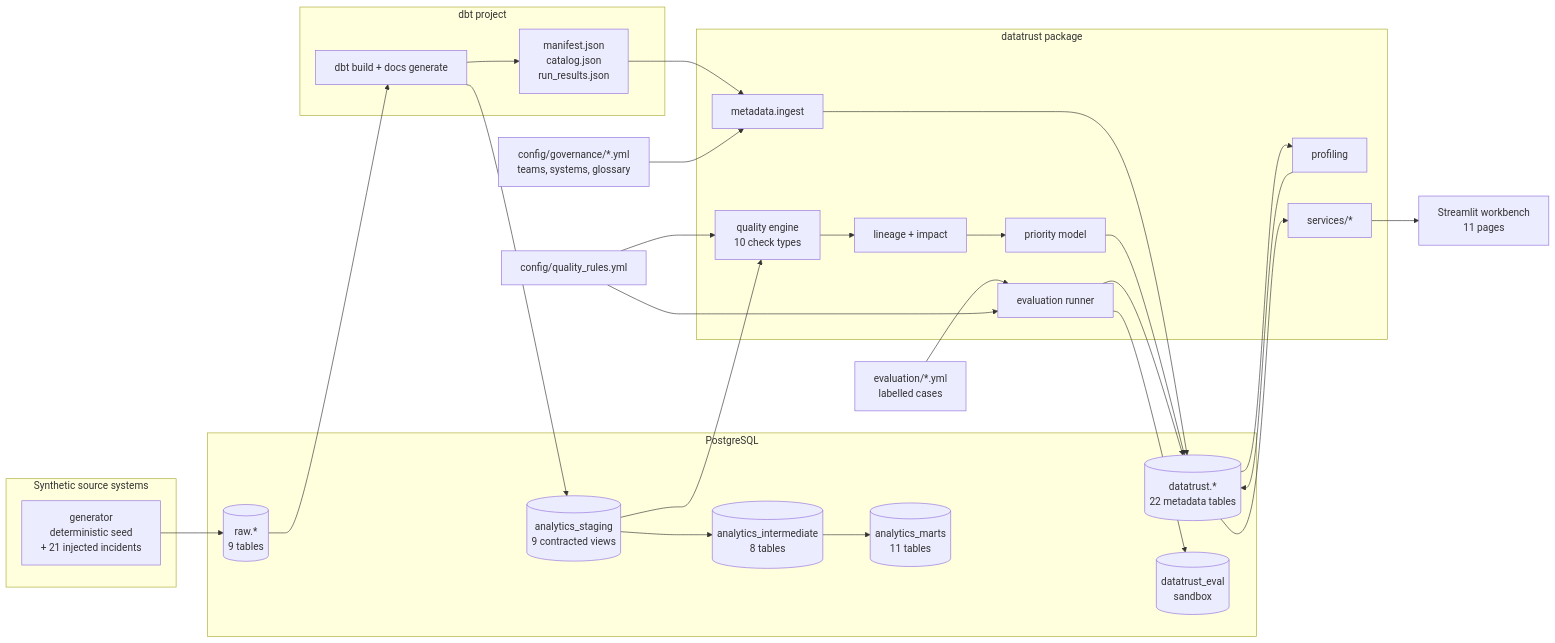
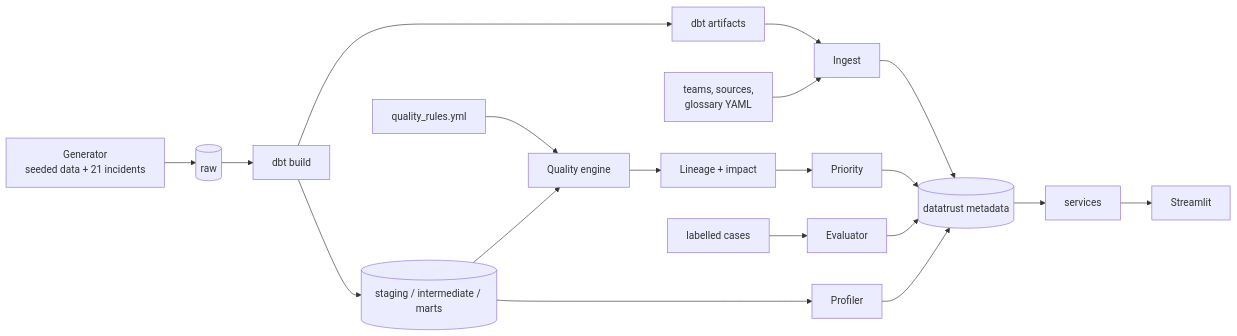
Before and after one commit to hrithikda/data-trust: the diagram in README.md, drawn with Mermaid. The commit also changed other lines of this file, not shown here.

````diff
--- a/README.md
+++ b/README.md
@@ -87,45 +194,15 @@
 ```mermaid
 flowchart LR
-    subgraph Sources["Synthetic source systems"]
-        GEN["generator<br/>deterministic seed<br/>+ 21 injected incidents"]
-    end
-    subgraph PG["PostgreSQL"]
-        RAW[("raw.*<br/>9 tables")]
-        STG[("analytics_staging<br/>9 contracted views")]
-        INT[("analytics_intermediate<br/>8 tables")]
-        MART[("analytics_marts<br/>11 tables")]
-        META[("datatrust.*<br/>22 metadata tables")]
-        EVAL[("datatrust_eval<br/>sandbox")]
-    end
-    subgraph DBT["dbt project"]
-        BUILD["dbt build + docs generate"]
-        ART["manifest.json<br/>catalog.json<br/>run_results.json"]
-    end
-    subgraph PY["datatrust package"]
-        ING["metadata.ingest"]
-        PROF["profiling"]
-        QE["quality engine<br/>10 check types"]
-        LIN["lineage + impact"]
-        PRI["priority model"]
-        EV["evaluation runner"]
-        SVC["services/*"]
-    end
-    GOV["config/governance/*.yml<br/>teams, systems, glossary"]
-    RULES["config/quality_rules.yml"]
-    CASES["evaluation/*.yml<br/>labelled cases"]
-    UI["Streamlit workbench<br/>11 pages"]
-
-    GEN --> RAW --> BUILD
-    BUILD --> STG --> INT --> MART
-    BUILD --> ART --> ING
-    GOV --> ING --> META
-    META --> PROF --> META
-    RULES --> QE
-    STG --> QE
-    QE --> LIN --> PRI --> META
-    CASES --> EV
-    RULES --> EV
-    EV --> EVAL
-    EV --> META
-    META --> SVC --> UI
+    GEN[Generator<br/>seeded data + 21 incidents] --> RAW[(raw)]
+    RAW --> DBT[dbt build]
+    DBT --> WH[(staging / intermediate / marts)]
+    DBT --> ART[dbt artifacts]
+    ART --> ING[Ingest]
+    GOV[teams, sources,<br/>glossary YAML] --> ING
+    ING --> META[(datatrust metadata)]
+    WH --> PROF[Profiler] --> META
+    RULES[quality_rules.yml] --> QE[Quality engine]
+    WH --> QE --> IMP[Lineage + impact] --> PRI[Priority] --> META
+    CASES[labelled cases] --> EV[Evaluator] --> META
+    META --> SVC[services] --> UI[Streamlit]
 ```
````
